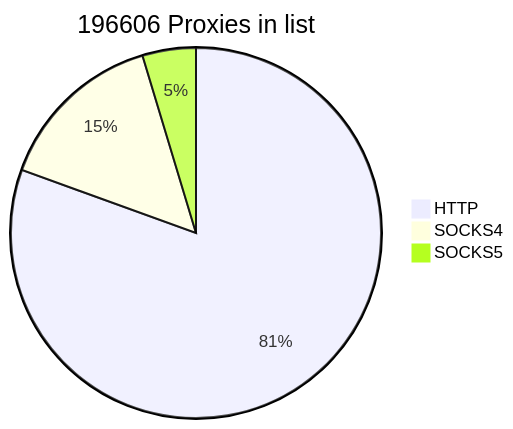
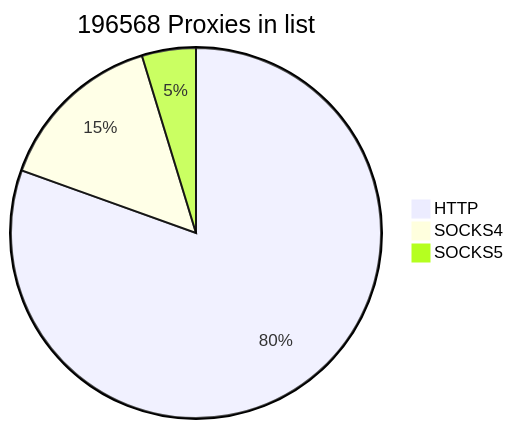
The first of 2 diagrams in README.md (cutipu/proxylist), drawn with Mermaid before and after one commit. The commit also changed other lines of this file, not shown here.

````diff
--- a/README.md
+++ b/README.md
@@ -2,7 +2,7 @@
 ```mermaid
-pie title 196606 Proxies in list
-    "HTTP" : 158334
-    "SOCKS4" : 29103
-    "SOCKS5" : 9169
+pie title 196568 Proxies in list
+    "HTTP" : 158205
+    "SOCKS4" : 29102
+    "SOCKS5" : 9261
             
 ```
````
